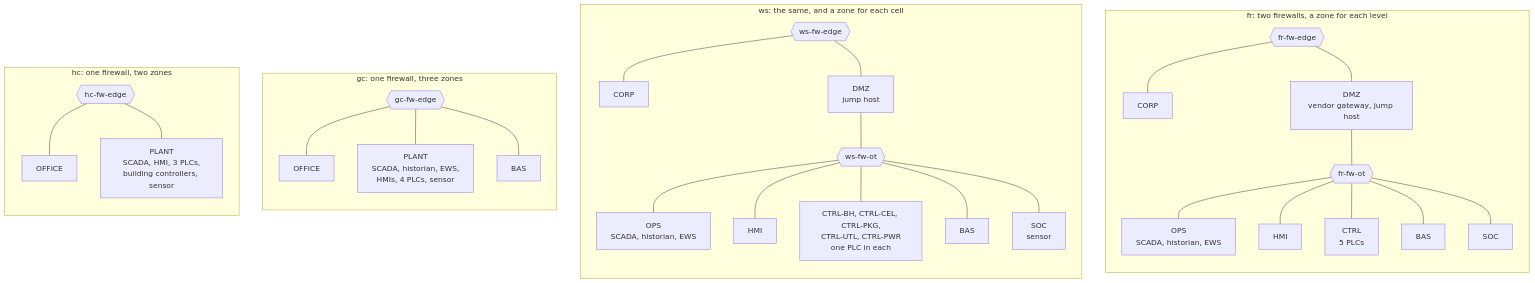
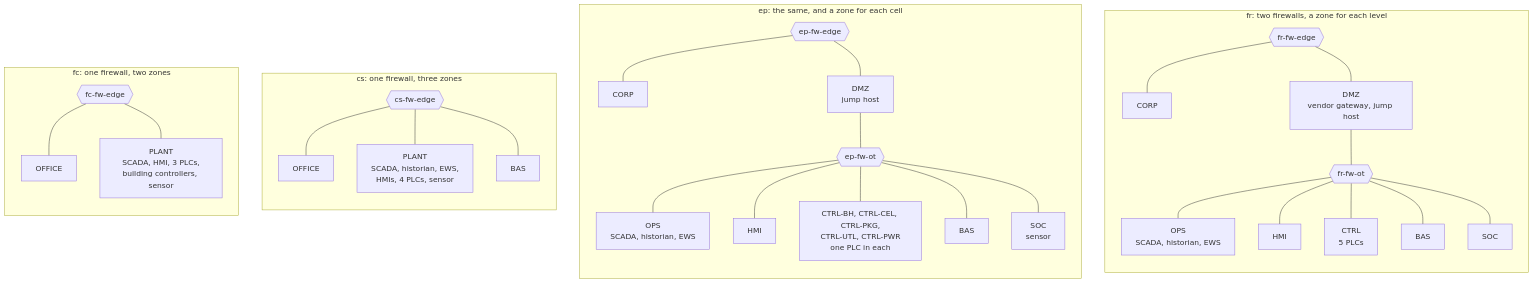
The first of 10 diagrams in docs/multisite/PLANS.md (GhostofGoes/brew), drawn with Mermaid before and after one commit. The commit also changed other lines of this file and 35 other files, not shown here.

````diff
--- a/docs/multisite/PLANS.md
+++ b/docs/multisite/PLANS.md
@@ -114,36 +119,36 @@
 ```mermaid
 flowchart TB
   subgraph FR["fr: two firewalls, a zone for each level"]
     direction TB
     FRE{{"fr-fw-edge"}} --- FRC["CORP"]
     FRE --- FRD["DMZ<br/>vendor gateway, jump host"]
     FRD --- FRT{{"fr-fw-ot"}}
     FRT --- FRP["OPS<br/>SCADA, historian, EWS"]
     FRT --- FRH["HMI"]
     FRT --- FRCT["CTRL<br/>5 PLCs"]
     FRT --- FRB["BAS"]
     FRT --- FRS["SOC"]
   end
-  subgraph WS["ws: the same, and a zone for each cell"]
+  subgraph EP["ep: the same, and a zone for each cell"]
     direction TB
-    WSE{{"ws-fw-edge"}} --- WSC["CORP"]
-    WSE --- WSD["DMZ<br/>jump host"]
-    WSD --- WST{{"ws-fw-ot"}}
-    WST --- WSP["OPS<br/>SCADA, historian, EWS"]
-    WST --- WSH["HMI"]
-    WST --- WSCT["CTRL-BH, CTRL-CEL, CTRL-PKG,<br/>CTRL-UTL, CTRL-PWR<br/>one PLC in each"]
-    WST --- WSB["BAS"]
-    WST --- WSS["SOC<br/>sensor"]
+    EPE{{"ep-fw-edge"}} --- EPC["CORP"]
+    EPE --- EPD["DMZ<br/>jump host"]
+    EPD --- EPT{{"ep-fw-ot"}}
+    EPT --- EPP["OPS<br/>SCADA, historian, EWS"]
+    EPT --- EPH["HMI"]
+    EPT --- EPCT["CTRL-BH, CTRL-CEL, CTRL-PKG,<br/>CTRL-UTL, CTRL-PWR<br/>one PLC in each"]
+    EPT --- EPB["BAS"]
+    EPT --- EPS["SOC<br/>sensor"]
   end
-  subgraph GC["gc: one firewall, three zones"]
+  subgraph CS["cs: one firewall, three zones"]
     direction TB
-    GCE{{"gc-fw-edge"}} --- GCO["OFFICE"]
-    GCE --- GCP["PLANT<br/>SCADA, historian, EWS,<br/>HMIs, 4 PLCs, sensor"]
-    GCE --- GCB["BAS"]
+    CSE{{"cs-fw-edge"}} --- CSO["OFFICE"]
+    CSE --- CSP["PLANT<br/>SCADA, historian, EWS,<br/>HMIs, 4 PLCs, sensor"]
+    CSE --- CSB["BAS"]
   end
-  subgraph HC["hc: one firewall, two zones"]
+  subgraph FC["fc: one firewall, two zones"]
     direction TB
-    HCE{{"hc-fw-edge"}} --- HCO["OFFICE"]
-    HCE --- HCP["PLANT<br/>SCADA, HMI, 3 PLCs,<br/>building controllers, sensor"]
+    FCE{{"fc-fw-edge"}} --- FCO["OFFICE"]
+    FCE --- FCP["PLANT<br/>SCADA, HMI, 3 PLCs,<br/>building controllers, sensor"]
   end
 ```
````
